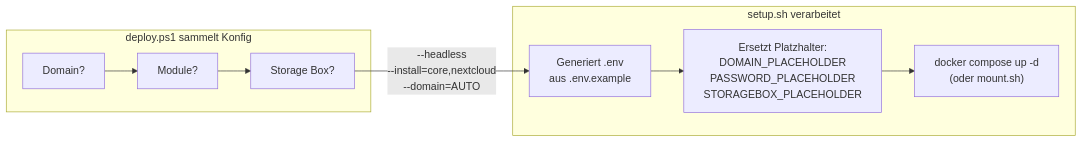
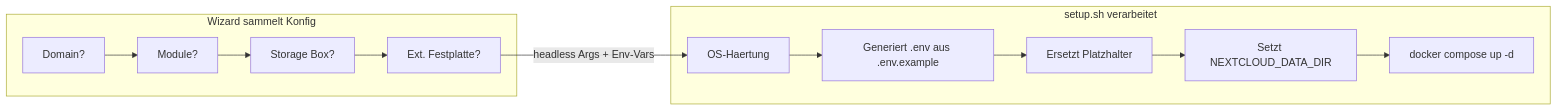
Before and after one commit to DPSG-Eschborn/infrastructure-configs: the fourth of 6 diagrams in docs/architektur-uebersicht.md, drawn with Mermaid. The commit also changed other lines of this file, not shown here.

Commit message:
docs: updated architecture docs

````diff
--- a/docs/architektur-uebersicht.md
+++ b/docs/architektur-uebersicht.md
@@ -152,13 +160,17 @@
 ```mermaid
 flowchart LR
-    subgraph "deploy.ps1 sammelt Konfig"
-        D["Domain?"] --> M["Module?"] --> S["Storage Box?"]
+    subgraph "Wizard sammelt Konfig"
+        D["Domain?"] --> M["Module?"]
+        M --> S["Storage Box?"]
+        S --> DISK["Ext. Festplatte?"]
     end
-    
+
     subgraph "setup.sh verarbeitet"
-        ENV["Generiert .env\naus .env.example"] --> PLACE["Ersetzt Platzhalter:\nDOMAIN_PLACEHOLDER\nPASSWORD_PLACEHOLDER\nSTORAGEBOX_PLACEHOLDER"]
-        PLACE --> DOCKER["docker compose up -d\n(oder mount.sh)"]
+        HARD["OS-Haertung"] --> ENV["Generiert .env aus .env.example"]
+        ENV --> PLACE["Ersetzt Platzhalter"]
+        PLACE --> DATADIR["Setzt NEXTCLOUD_DATA_DIR"]
+        DATADIR --> DOCKER["docker compose up -d"]
     end
-    
-    S --> |"--headless\n--install=core,nextcloud\n--domain=AUTO"| ENV
+
+    DISK --> |"headless Args + Env-Vars"| HARD
 ```
````
